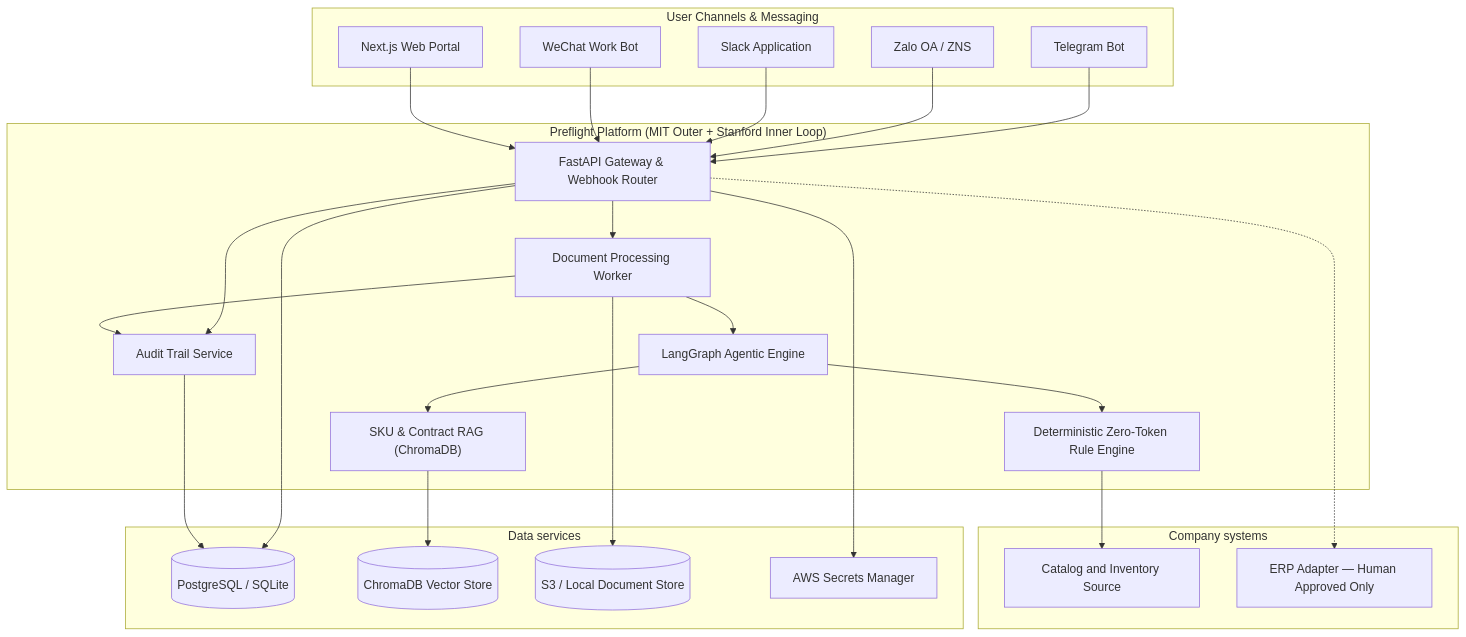
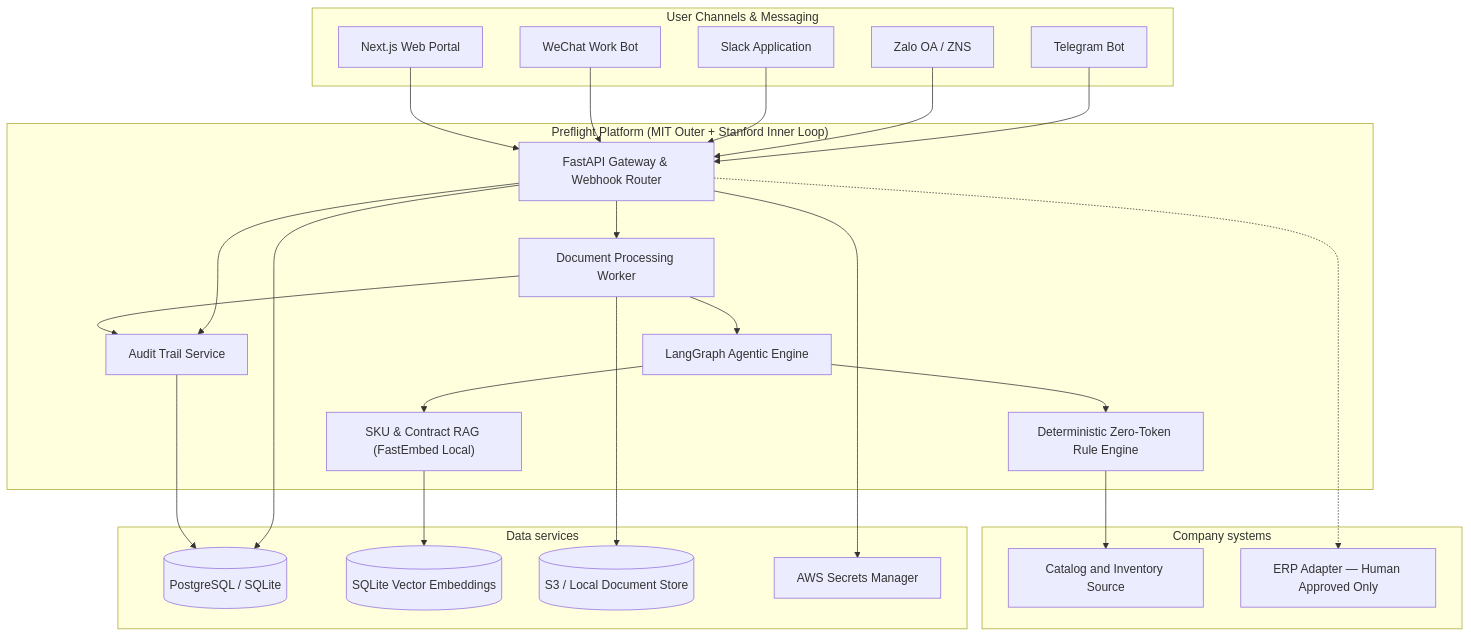
The second of 5 diagrams in docs/architecture.md (brianhuynh2021/po-preflight), drawn with Mermaid before and after one commit. The commit also changed 21 other files, not shown here.

Commit message:
feat(rag): local multilingual dense embeddings, dynamic calibration, constrained LLM tier-4 and eval benchmark

````diff
--- a/docs/architecture.md
+++ b/docs/architecture.md
@@ -43,50 +43,50 @@
 ```mermaid
 flowchart TB
     subgraph Channels["User Channels & Messaging"]
         TelegramBot["Telegram Bot"]
         ZaloOA["Zalo OA / ZNS"]
         SlackApp["Slack Application"]
         WeChatBot["WeChat Work Bot"]
         WebApp["Next.js Web Portal"]
     end
 
     subgraph Platform["Preflight Platform (MIT Outer + Stanford Inner Loop)"]
         API["FastAPI Gateway & Webhook Router"]
         Worker["Document Processing Worker"]
         AgentEngine["LangGraph Agentic Engine"]
-        RAGService["SKU & Contract RAG (ChromaDB)"]
+        RAGService["SKU & Contract RAG (FastEmbed Local)"]
         Rules["Deterministic Zero-Token Rule Engine"]
         Audit["Audit Trail Service"]
     end
 
     subgraph Data["Data services"]
         DB[("PostgreSQL / SQLite")]
-        VectorStore[("ChromaDB Vector Store")]
+        VectorStore[("SQLite Vector Embeddings")]
         Files[("S3 / Local Document Store")]
         Secrets["AWS Secrets Manager"]
     end
 
     subgraph External["Company systems"]
         CatalogAPI["Catalog and Inventory Source"]
         ERPAPI["ERP Adapter — Human Approved Only"]
     end
 
     TelegramBot --> API
     ZaloOA --> API
     SlackApp --> API
     WeChatBot --> API
     WebApp --> API
     API --> Worker
     Worker --> AgentEngine
     AgentEngine --> RAGService
     AgentEngine --> Rules
     RAGService --> VectorStore
     Rules --> CatalogAPI
     API --> Audit
     Worker --> Audit
     API --> DB
     Audit --> DB
     Worker --> Files
     API --> Secrets
     API -.-> ERPAPI
 ```
````
